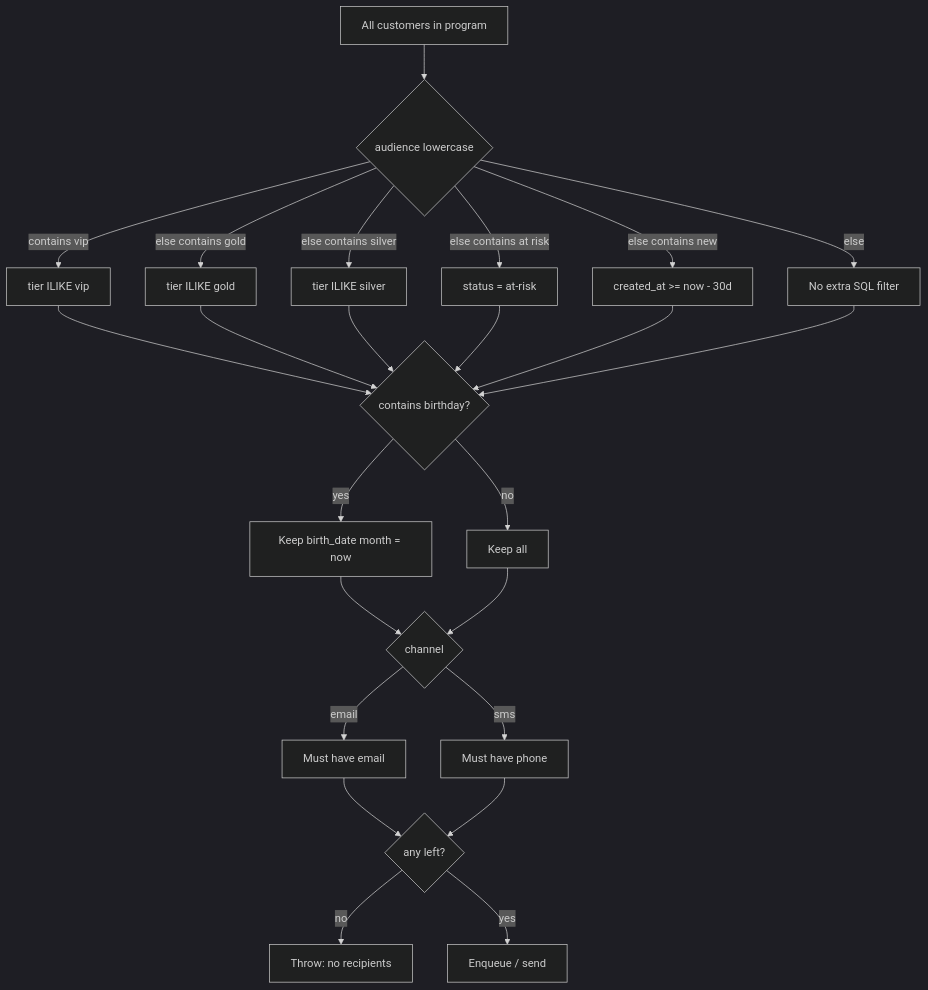
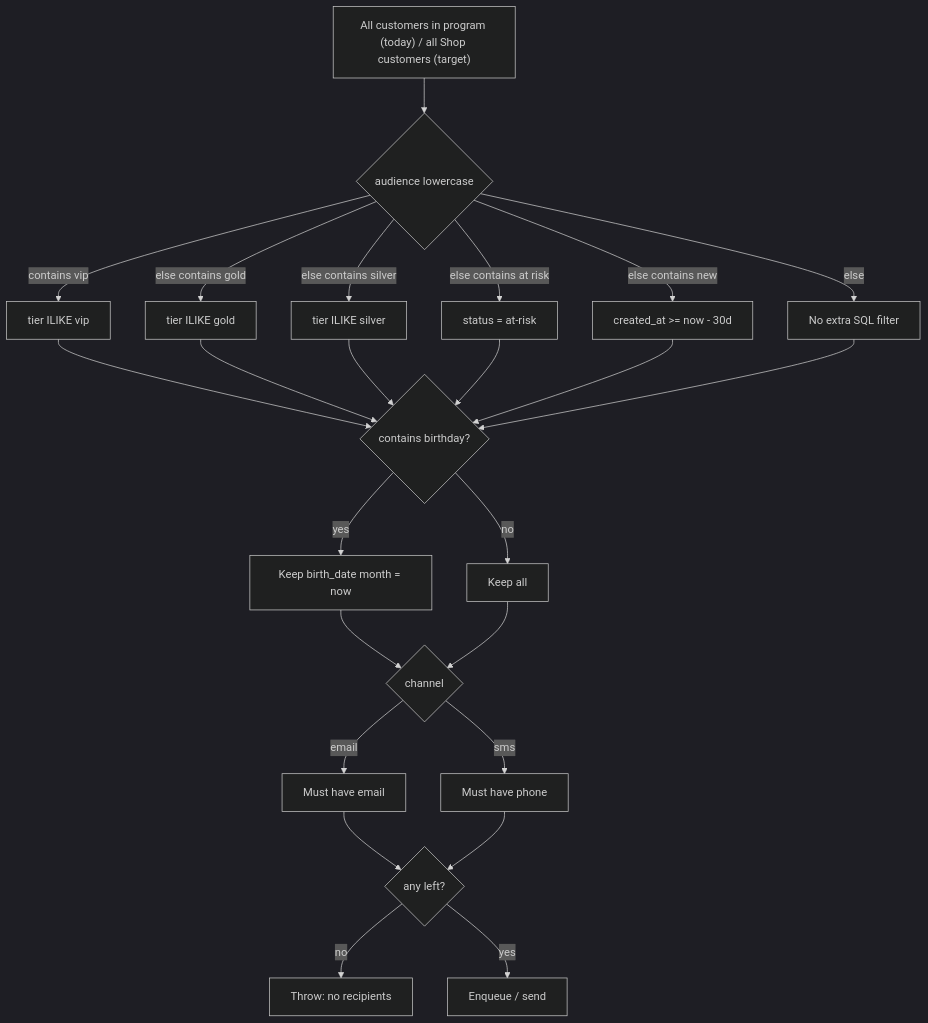
The second of 5 diagrams in docs/frontend/campaigns-page.md (Ali-sherif/loyollo-web), drawn with Mermaid (dark theme) before and after one commit. The commit also changed other lines of this file and 36 other files, not shown here.

````diff
--- a/docs/frontend/campaigns-page.md
+++ b/docs/frontend/campaigns-page.md
@@ -425,26 +459,26 @@
 ```mermaid
 flowchart TD
-  A[All customers in program] --> B{audience lowercase}
+  A["All customers in program (today) / all Shop customers (target)"] --> B{audience lowercase}
   B -->|contains vip| C["tier ILIKE vip"]
   B -->|else contains gold| D["tier ILIKE gold"]
   B -->|else contains silver| E["tier ILIKE silver"]
   B -->|else contains at risk| F["status = at-risk"]
   B -->|else contains new| G["created_at >= now - 30d"]
   B -->|else| H[No extra SQL filter]
   C --> I{contains birthday?}
   D --> I
   E --> I
   F --> I
   G --> I
   H --> I
   I -->|yes| J[Keep birth_date month = now]
   I -->|no| K[Keep all]
   J --> L{channel}
   K --> L
   L -->|email| M[Must have email]
   L -->|sms| N[Must have phone]
   M --> O{any left?}
   N --> O
   O -->|no| P[Throw: no recipients]
   O -->|yes| Q[Enqueue / send]
 ```
````
